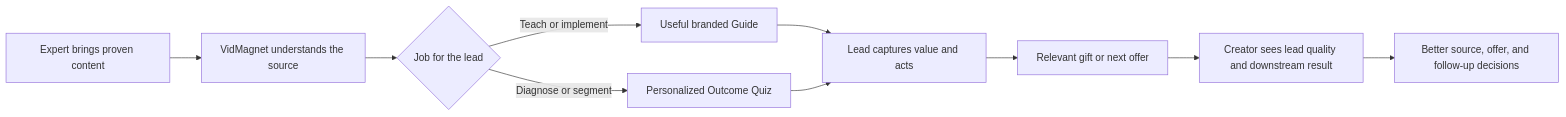
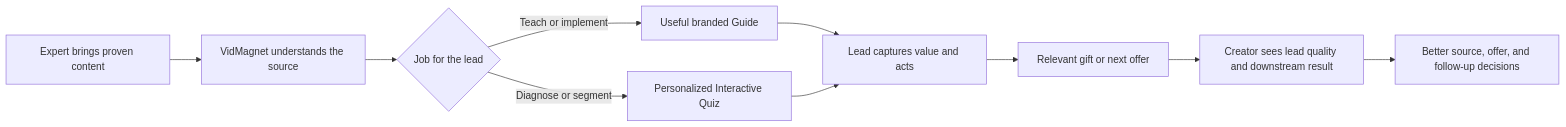
One commit to alinkenauger/SportsContentMagnet changed the first of 7 diagrams in VIDMAGNET-SALES-PAGE-CLARITY-RESET.md. Above: the diagram before and after it, drawn with Mermaid. The commit also changed other lines of this file and 17 other files, not shown here.

Commit message:
refactor: rename Outcome Quiz to Interactive Quiz

```diff
--- a/VIDMAGNET-SALES-PAGE-CLARITY-RESET.md
+++ b/VIDMAGNET-SALES-PAGE-CLARITY-RESET.md
@@ -75,12 +75,12 @@
 ~~~mermaid
 flowchart LR
   A["Expert brings proven content"] --> B["VidMagnet understands the source"]
   B --> C{"Job for the lead"}
   C -->|Teach or implement| D["Useful branded Guide"]
-  C -->|Diagnose or segment| E["Personalized Outcome Quiz"]
+  C -->|Diagnose or segment| E["Personalized Interactive Quiz"]
   D --> F["Lead captures value and acts"]
   E --> F
   F --> G["Relevant gift or next offer"]
   G --> H["Creator sees lead quality and downstream result"]
   H --> I["Better source, offer, and follow-up decisions"]
 ~~~
```
